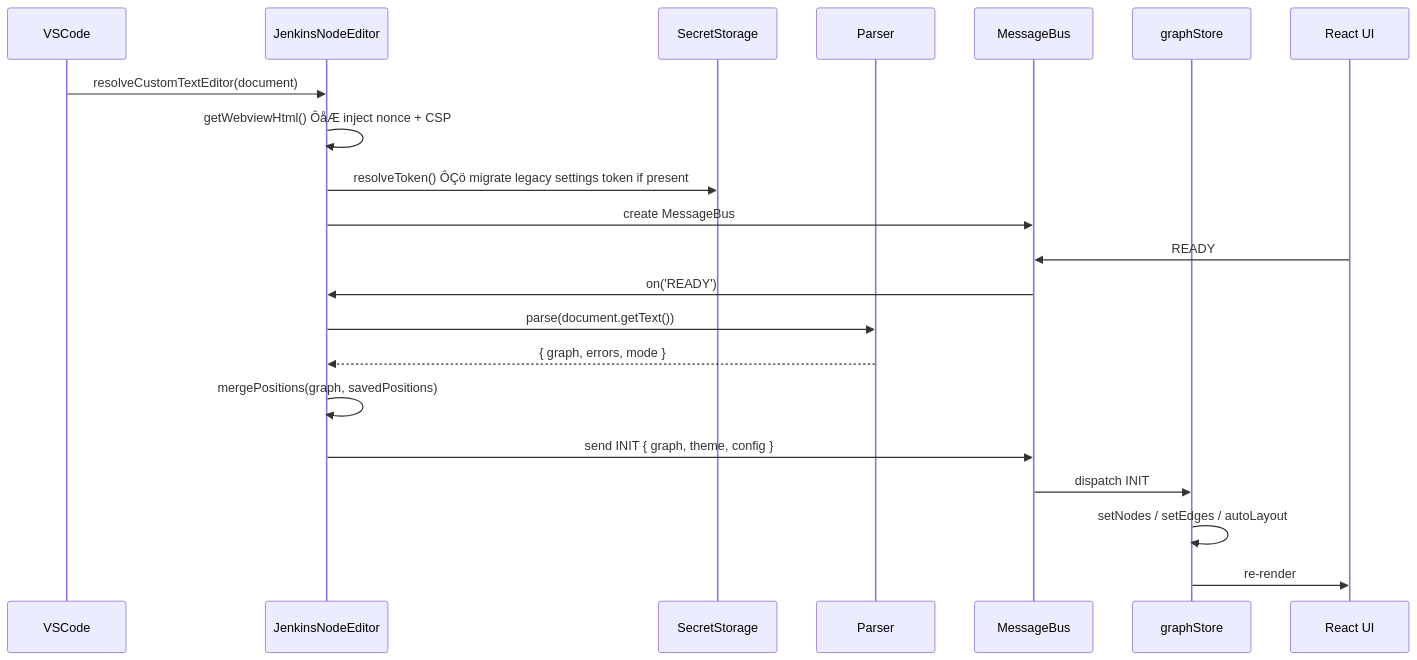
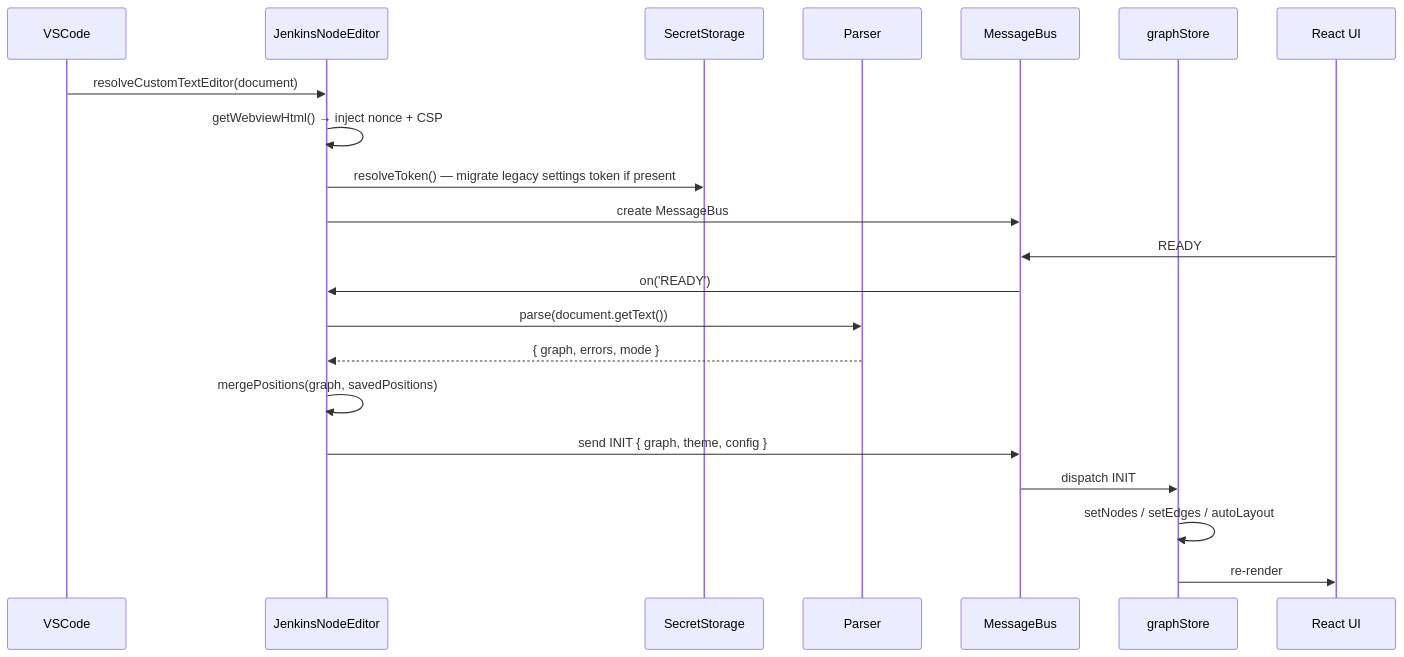
Before and after one commit to PlanesZwalker/vscode-jenkins-node-editor: the second of 5 diagrams in README.md, drawn with Mermaid. The commit also changed other lines of this file, not shown here.

````diff
--- a/README.md
+++ b/README.md
@@ -174,24 +174,24 @@
 ```mermaid
 sequenceDiagram
     participant VSCode
     participant JNE as JenkinsNodeEditor
     participant Secrets as SecretStorage
     participant Parser
     participant Bus as MessageBus
     participant Store as graphStore
     participant UI as React UI
 
     VSCode->>JNE: resolveCustomTextEditor(document)
-    JNE->>JNE: getWebviewHtml() ÔåÆ inject nonce + CSP
-    JNE->>Secrets: resolveToken() ÔÇö migrate legacy settings token if present
+    JNE->>JNE: getWebviewHtml() → inject nonce + CSP
+    JNE->>Secrets: resolveToken() — migrate legacy settings token if present
     JNE->>Bus: create MessageBus
     UI->>Bus: READY
     Bus->>JNE: on('READY')
     JNE->>Parser: parse(document.getText())
     Parser-->>JNE: { graph, errors, mode }
     JNE->>JNE: mergePositions(graph, savedPositions)
     JNE->>Bus: send INIT { graph, theme, config }
     Bus->>Store: dispatch INIT
     Store->>Store: setNodes / setEdges / autoLayout
     Store->>UI: re-render
 ```
````
